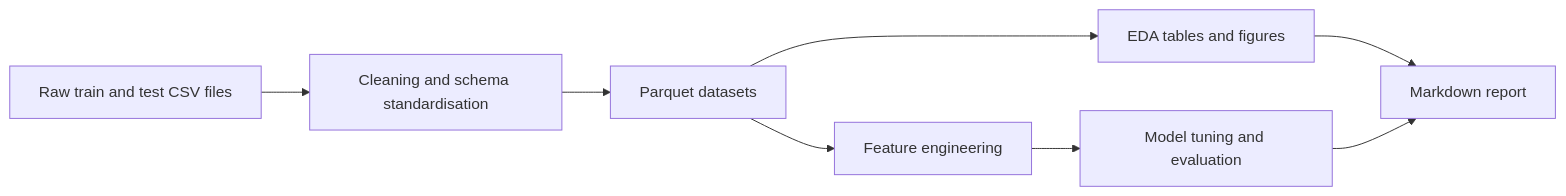
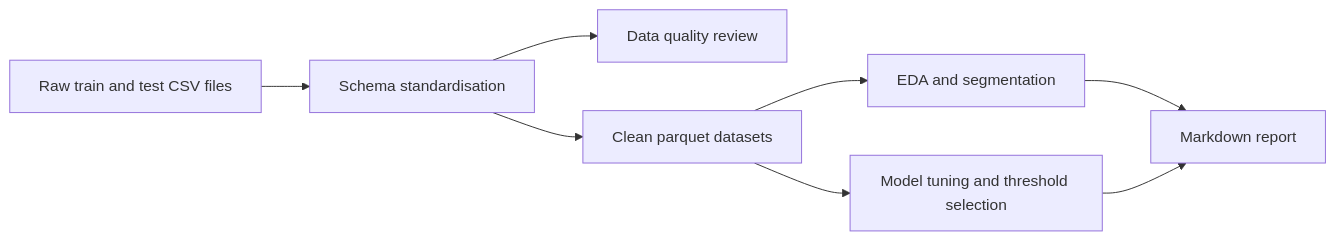
One commit to BrianCollinss/MySampleWork changed the diagram in Python - Customer Churn Analysis/README.md. Above: the diagram before and after it, drawn with Mermaid. The commit also changed other lines of this file and 16 other files, not shown here.

Commit message:
Final model train.

````diff
--- a/Python - Customer Churn Analysis/README.md
+++ b/Python - Customer Churn Analysis/README.md
@@ -13,10 +15,10 @@
 ```mermaid
 flowchart LR
-    A[Raw train and test CSV files] --> B[Cleaning and schema standardisation]
-    B --> C[Parquet datasets]
-    C --> D[EDA tables and figures]
-    C --> E[Feature engineering]
-    E --> F[Model tuning and evaluation]
-    D --> G[Markdown report]
+    A[Raw train and test CSV files] --> B[Schema standardisation]
+    B --> C[Data quality review]
+    B --> D[Clean parquet datasets]
+    D --> E[EDA and segmentation]
+    D --> F[Model tuning and threshold selection]
+    E --> G[Markdown report]
     F --> G
 ```
````
